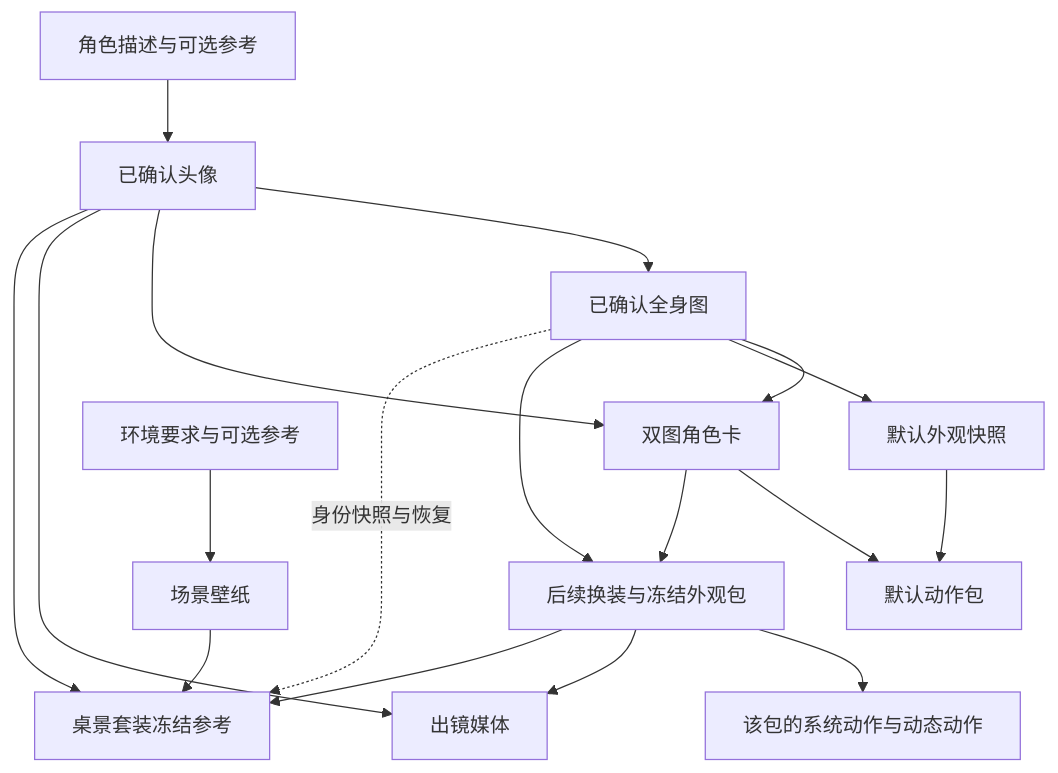
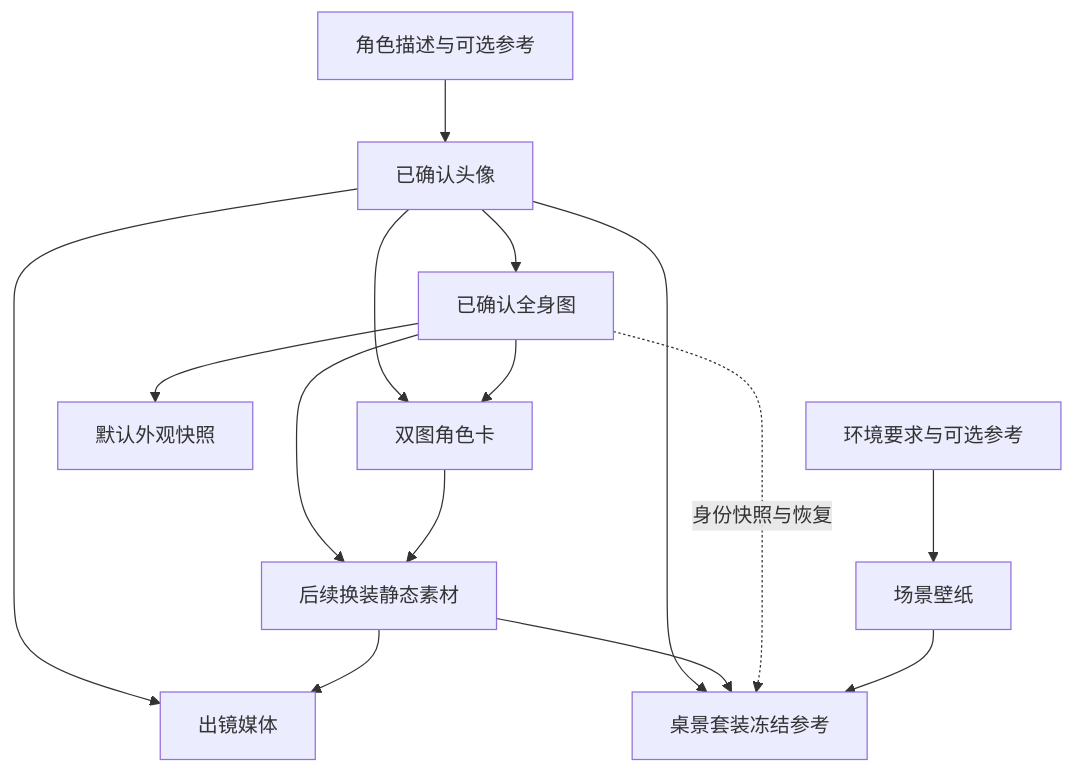
Before and after one commit to yangjinming1062/SpiritAgent: the diagram in docs/PIPELINE.md, drawn with Mermaid. The commit also changed other lines of this file and 155 other files, not shown here.

````diff
--- a/docs/PIPELINE.md
+++ b/docs/PIPELINE.md
@@ -7,20 +7,17 @@
 ```mermaid
 flowchart TD
     Input[角色描述与可选参考] --> Avatar[已确认头像]
     Avatar --> Full[已确认全身图]
     Avatar --> Card[双图角色卡]
     Full --> Card
     Full --> Default[默认外观快照]
-    Card --> Video[默认动作包]
-    Default --> Video
-    Full --> Outfit[后续换装与冻结外观包]
+    Full --> Outfit[后续换装静态素材]
     Card --> Outfit
-    Outfit --> Action[该包的系统动作与动态动作]
     Avatar --> SelfMedia[出镜媒体]
     Outfit --> SelfMedia
     Environment[环境要求与可选参考] --> Scene[场景壁纸]
     Avatar --> Desktop[桌景套装冻结参考]
     Outfit --> Desktop
     Full -.身份快照与恢复.-> Desktop
     Scene --> Desktop
 ```
````
